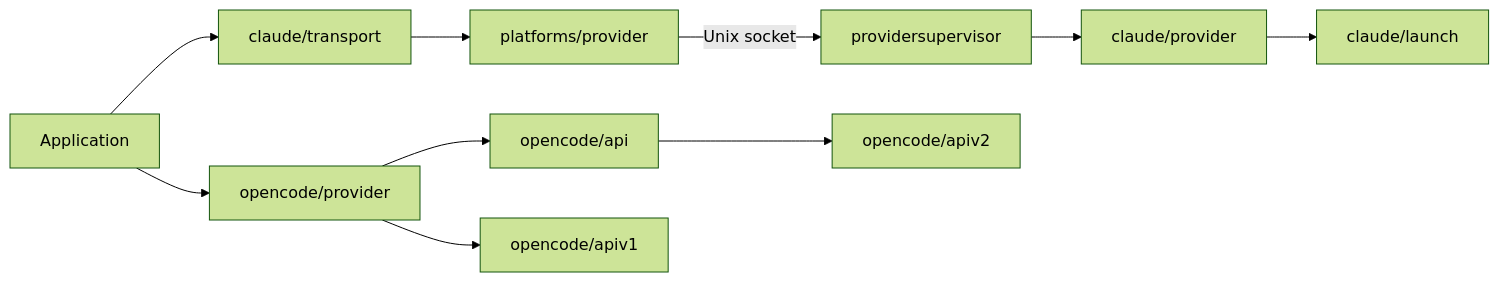
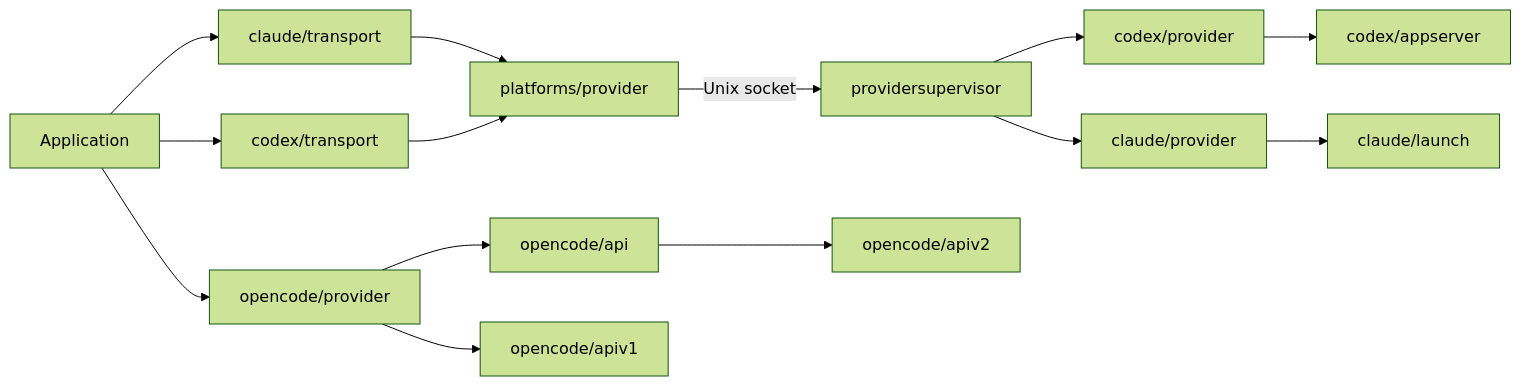
One commit to ocman/ocman changed diagram 13 of 17 in docs/other/architecture.md. Above: the diagram before and after it, drawn with Mermaid (forest theme). The commit also changed other lines of this file and 95 other files, not shown here.

````diff
--- a/docs/other/architecture.md
+++ b/docs/other/architecture.md
@@ -1717,12 +1740,16 @@
 ```mermaid
 flowchart LR
     App[Application] --> Claude[claude/transport]
     App --> OpenCode[opencode/provider]
+    App --> CodexT[codex/transport]
     Claude --> Socket[platforms/provider]
+    CodexT --> Socket
+    Supervisor --> CodexB[codex/provider]
+    CodexB --> AppServer[codex/appserver]
     Socket -->|Unix socket| Supervisor[providersupervisor]
     Supervisor --> Backend[claude/provider]
     Backend --> Launch[claude/launch]
     OpenCode --> API[opencode/api]
     OpenCode --> V1[opencode/apiv1]
     API --> V2[opencode/apiv2]
 ```
````
